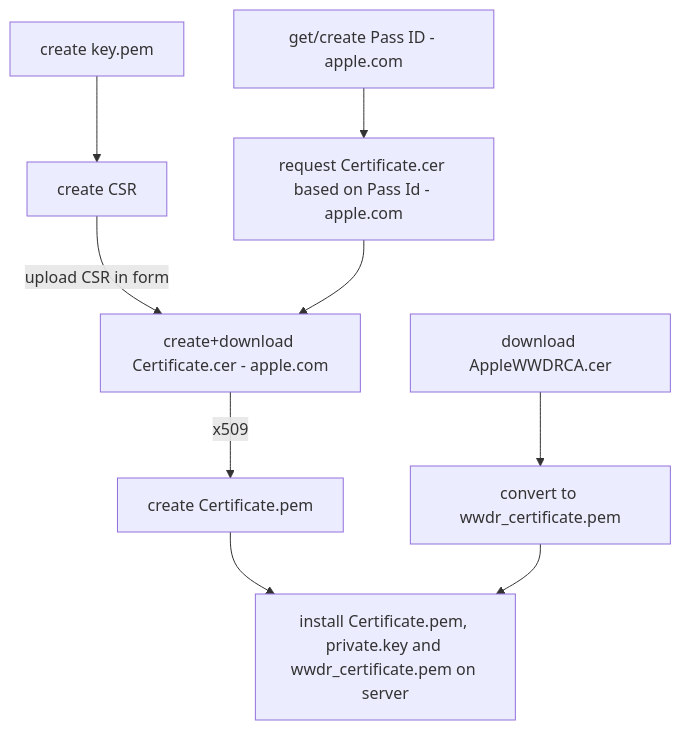
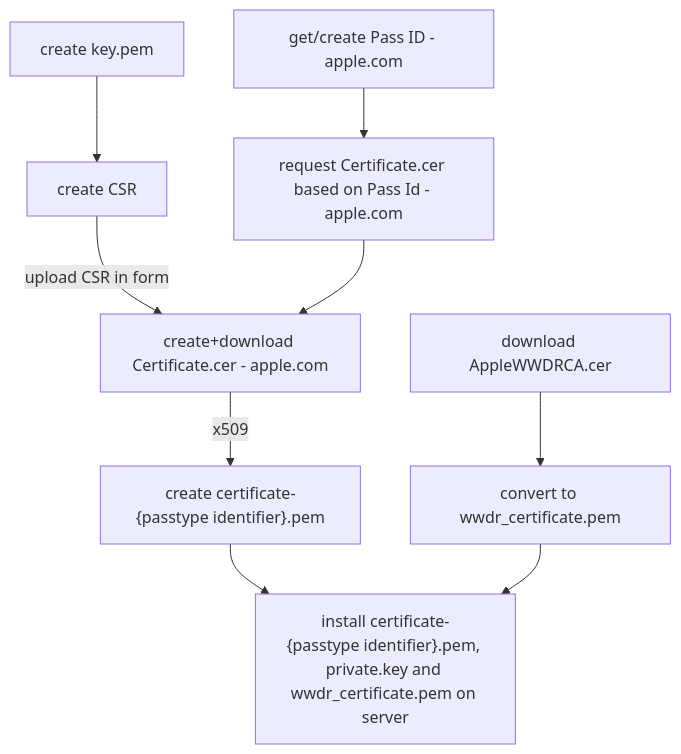
One commit to edutap-eu/edutap.wallet_apple changed the first of 2 diagrams in README.md. Above: the diagram before and after it, drawn with Mermaid. The commit also changed other lines of this file and 4 other files, not shown here.

````diff
--- a/README.md
+++ b/README.md
@@ -52,13 +52,13 @@
 ```mermaid
 flowchart TD
     B[create private key.pem]
     D[get/create Pass ID - apple.com]
     WWDR[download AppleWWDRCA.cer] -->WWDRPEM[convert to wwdr_certificate.pem]
     D --> E[request Certificate.cer based on Pass Id - apple.com]
     B[create key.pem] --> CSR[create CSR]
     CSR -->|upload CSR in form| F[create+download Certificate.cer - apple.com]
     E --> F
-    F -->|x509| G[create Certificate.pem]
-    G --> H[install Certificate.pem, private.key and wwdr_certificate.pem on server]
+    F -->|x509| G["create certificate-{passtype identifier}.pem"]
+    G --> H["install certificate-{passtype identifier}.pem, private.key and wwdr_certificate.pem on server"]
     WWDRPEM --> H
 ```
````
